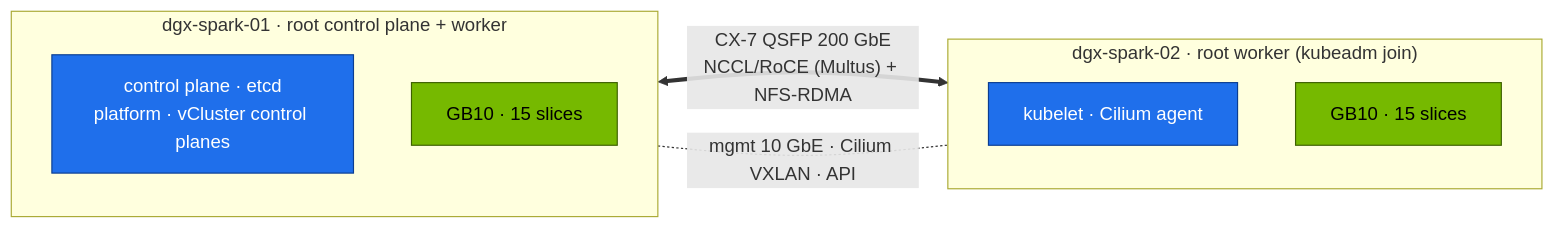
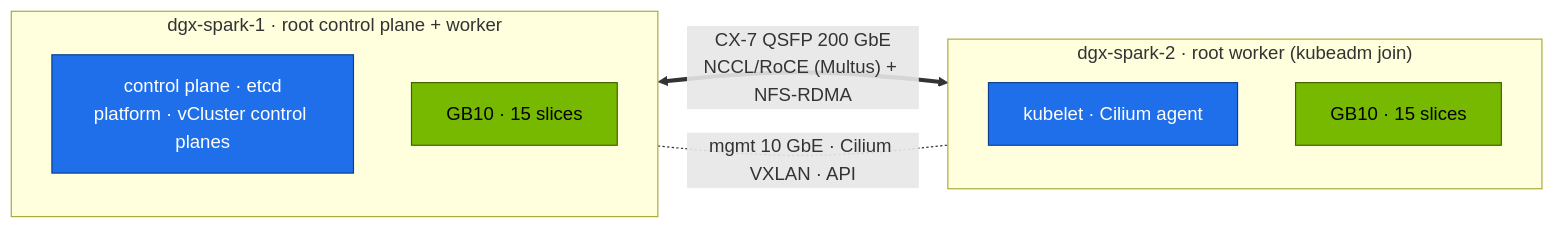
The third of 3 diagrams in 02 Kubernetes/15-dgx-spark-datacenter-simulation-lab.md (cloudone365/technical-depth), drawn with Mermaid before and after one commit. The commit also changed other lines of this file and 91 other files, not shown here.

First line of the commit message:
Rename the Spark hosts to dgx-spark-1 / dgx-spark-2

````diff
--- a/02 Kubernetes/15-dgx-spark-datacenter-simulation-lab.md
+++ b/02 Kubernetes/15-dgx-spark-datacenter-simulation-lab.md
@@ -355,17 +355,17 @@
 ```mermaid
 flowchart LR
-  subgraph A["dgx-spark-01 · root control plane + worker"]
+  subgraph A["dgx-spark-1 · root control plane + worker"]
     A1["control plane · etcd<br/>platform · vCluster control planes"]
     A2["GB10 · 15 slices"]
   end
-  subgraph B["dgx-spark-02 · root worker (kubeadm join)"]
+  subgraph B["dgx-spark-2 · root worker (kubeadm join)"]
     B1["kubelet · Cilium agent"]
     B2["GB10 · 15 slices"]
   end
   A <== "CX-7 QSFP 200 GbE<br/>NCCL/RoCE (Multus) + NFS-RDMA" ==> B
   A -. "mgmt 10 GbE · Cilium VXLAN · API" .- B
   classDef gpu fill:#76b900,stroke:#3d6000,color:#000
   classDef ctrl fill:#1f6feb,stroke:#0b3d91,color:#fff
   class A2,B2 gpu
   class A1,B1 ctrl
 ```
````
